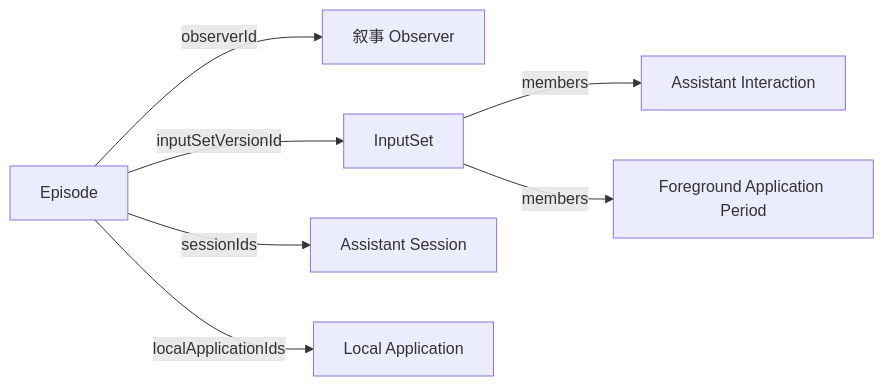
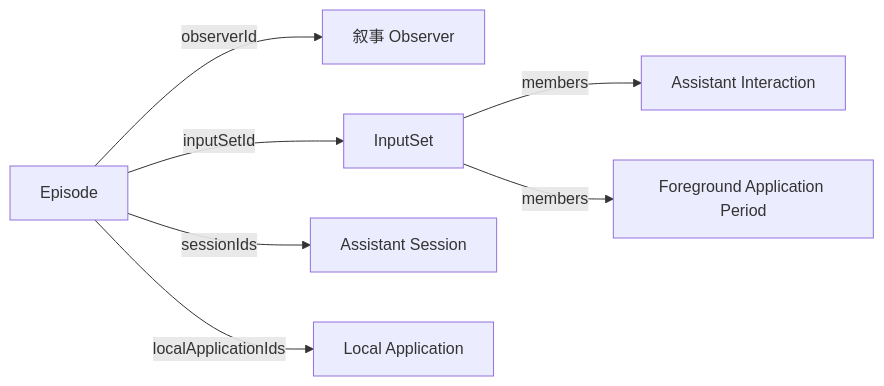
Before and after one commit to shenxianovo/Orisumi: the diagram in src/Docs/Orisumi.Docs/content/docs/observers/narrative/index.mdx, drawn with Mermaid. The commit also changed other lines of this file and 413 other files, not shown here.

````diff
--- a/src/Docs/Orisumi.Docs/content/docs/observers/narrative/index.mdx
+++ b/src/Docs/Orisumi.Docs/content/docs/observers/narrative/index.mdx
@@ -19,16 +18,15 @@
 ```mermaid
 flowchart LR
   E[Episode] -->|observerId| R[叙事 Observer]
-  E -->|inputSetVersionId| S[InputSet]
+  E -->|inputSetId| S[InputSet]
   E -->|sessionIds| A[Assistant Session]
   E -->|localApplicationIds| L[Local Application]
   S -->|members| I[Assistant Interaction]
   S -->|members| P[Foreground Application Period]
-  click R "/observers/narrative/narrative-observer"
   click E "/observers/narrative/episode"
   click S "/core/model/input-set"
   click A "/observers/assistant-sessions/assistant-session"
   click L "/observers/foreground-state/local-application"
   click I "/observers/assistant-sessions/assistant-interaction"
   click P "/observers/foreground-state/foreground-application-period"
 ```
````
